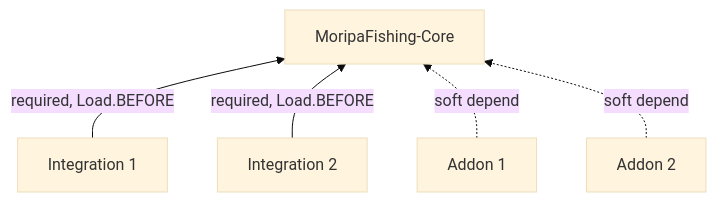
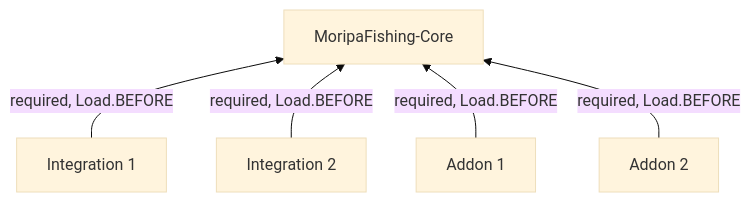
Before and after one commit to morinoparty/MoripaFishing: the diagram in docs/content/docs/integration/overview.mdx, drawn with Mermaid (base theme). The commit also changed other lines of this file and 267 other files, not shown here.

````diff
--- a/docs/content/docs/integration/overview.mdx
+++ b/docs/content/docs/integration/overview.mdx
@@ -15,16 +15,16 @@
 ```mermaid
 flowchart BT
     core[MoripaFishing-Core]
 
     int1[Integration 1]
     int2[Integration 2]
 
     addon1[Addon 1]
     addon2[Addon 2]
 
     int1 -->|required, Load.BEFORE| core
     int2 -->|required, Load.BEFORE| core
 
-    addon1 -.soft depend.-> core
-    addon2 -.soft depend.-> core
+    addon1 -->|required, Load.BEFORE| core
+    addon2 -->|required, Load.BEFORE| core
 ```
````
